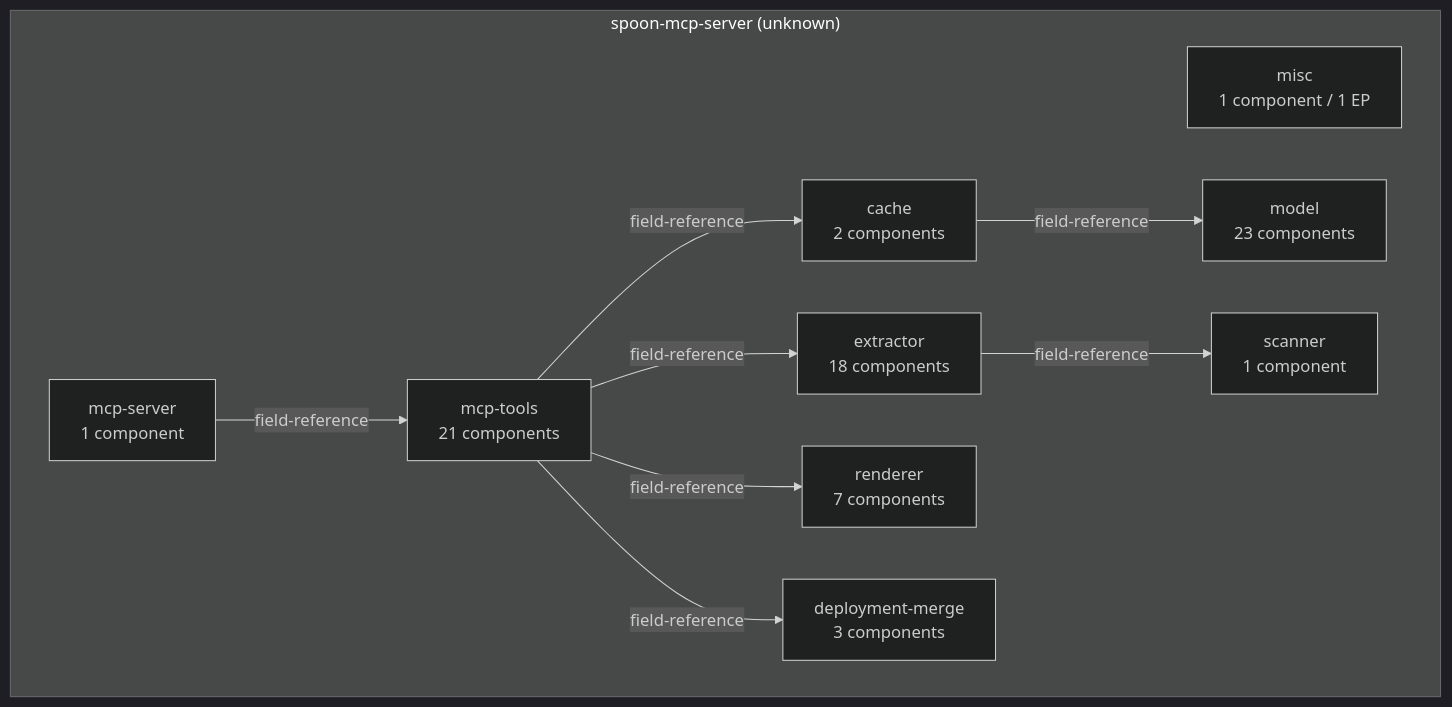
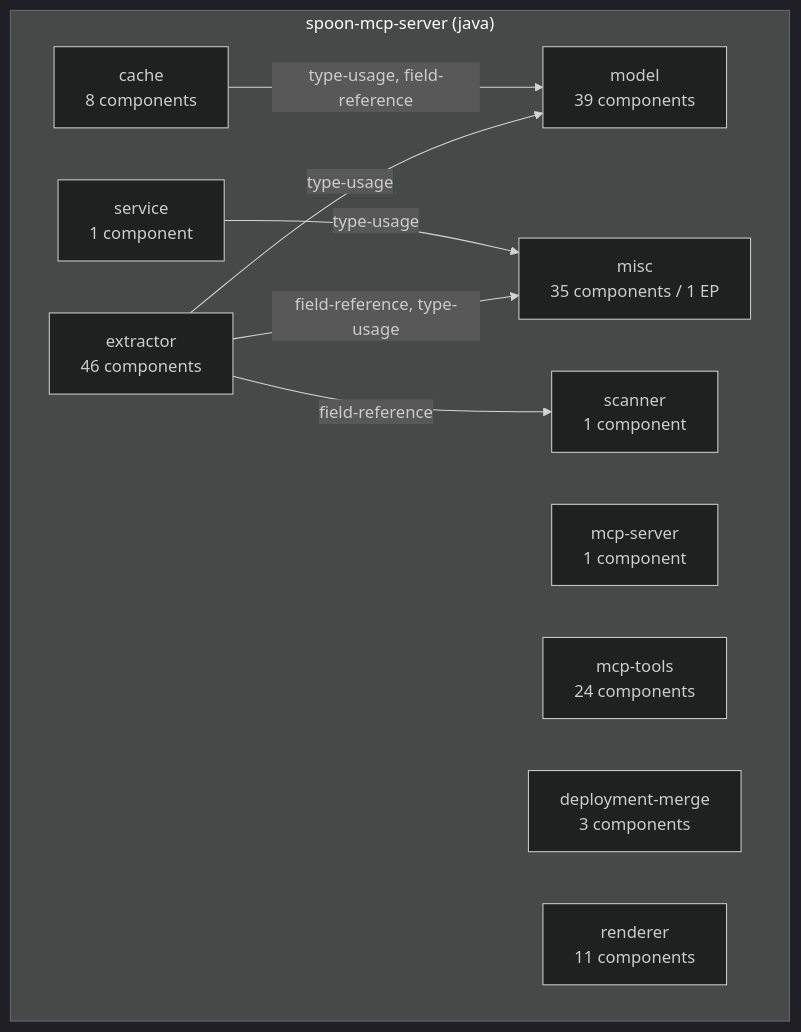
Before and after one commit to DerPate/archlens: the third of 5 diagrams in docs/ARCHITECTURE.md, drawn with Mermaid (dark theme). The commit also changed other lines of this file and 524 other files, not shown here.

First line of the commit message:
refactor: rename spoon-mcp to archlens

````diff
--- a/docs/ARCHITECTURE.md
+++ b/docs/ARCHITECTURE.md
@@ -452,21 +624,20 @@
 ```mermaid
 flowchart TD
-    subgraph app_spoon_mcp_server["spoon-mcp-server (unknown)"]
-        container_app_spoon_mcp_server_misc["misc\n1 component / 1 EP"]
-        container_app_spoon_mcp_server_cache["cache\n2 components"]
-        container_app_spoon_mcp_server_extractor["extractor\n18 components"]
-        container_app_spoon_mcp_server_mcp_server["mcp-server\n1 component"]
-        container_app_spoon_mcp_server_mcp_tools["mcp-tools\n21 components"]
-        container_app_spoon_mcp_server_deployment_merge["deployment-merge\n3 components"]
-        container_app_spoon_mcp_server_model["model\n23 components"]
-        container_app_spoon_mcp_server_renderer["renderer\n7 components"]
-        container_app_spoon_mcp_server_scanner["scanner\n1 component"]
+    subgraph spoon_mcp_server["spoon-mcp-server (java)"]
+        container_spoon_mcp_server_extractor["extractor\n46 components"]
+        container_spoon_mcp_server_scanner["scanner\n1 component"]
+        container_spoon_mcp_server_misc["misc\n35 components / 1 EP"]
+        container_spoon_mcp_server_service["service\n1 component"]
+        container_spoon_mcp_server_cache["cache\n8 components"]
+        container_spoon_mcp_server_mcp_server["mcp-server\n1 component"]
+        container_spoon_mcp_server_mcp_tools["mcp-tools\n24 components"]
+        container_spoon_mcp_server_model["model\n39 components"]
+        container_spoon_mcp_server_deployment_merge["deployment-merge\n3 components"]
+        container_spoon_mcp_server_renderer["renderer\n11 components"]
     end
-    container_app_spoon_mcp_server_cache -->|field-reference| container_app_spoon_mcp_server_model
-    container_app_spoon_mcp_server_extractor -->|field-reference| container_app_spoon_mcp_server_scanner
-    container_app_spoon_mcp_server_mcp_server -->|field-reference| container_app_spoon_mcp_server_mcp_tools
-    container_app_spoon_mcp_server_mcp_tools -->|field-reference| container_app_spoon_mcp_server_cache
-    container_app_spoon_mcp_server_mcp_tools -->|field-reference| container_app_spoon_mcp_server_extractor
-    container_app_spoon_mcp_server_mcp_tools -->|field-reference| container_app_spoon_mcp_server_renderer
-    container_app_spoon_mcp_server_mcp_tools -->|field-reference| container_app_spoon_mcp_server_deployment_merge
+    container_spoon_mcp_server_cache -->|type-usage, field-reference| container_spoon_mcp_server_model
+    container_spoon_mcp_server_service -->|type-usage| container_spoon_mcp_server_misc
+    container_spoon_mcp_server_extractor -->|field-reference| container_spoon_mcp_server_scanner
+    container_spoon_mcp_server_extractor -->|field-reference, type-usage| container_spoon_mcp_server_misc
+    container_spoon_mcp_server_extractor -->|type-usage| container_spoon_mcp_server_model
 ```
````
